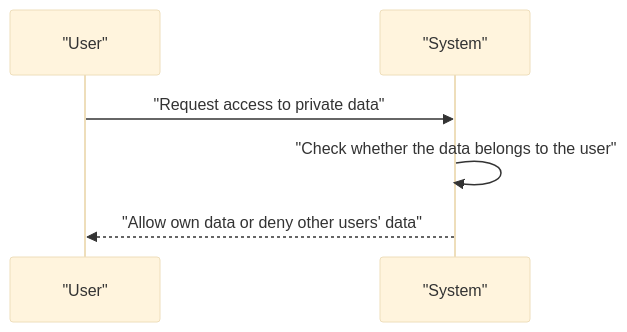
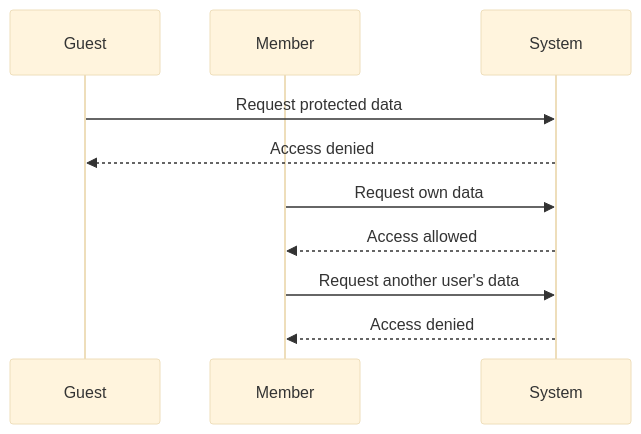
One commit to wrtnlabs/autobe-examples changed the third of 4 diagrams in openai/gpt-5.4-mini/todo/docs/analysis/05-non-functional.md. Above: the diagram before and after it, drawn with Mermaid (base theme). The commit also changed other lines of this file and 6645 other files, not shown here.

````diff
--- a/openai/gpt-5.4-mini/todo/docs/analysis/05-non-functional.md
+++ b/openai/gpt-5.4-mini/todo/docs/analysis/05-non-functional.md
@@ -53,8 +57,12 @@
 ```mermaid
 sequenceDiagram
-    participant U as "User"
-    participant S as "System"
-    U->>S: "Request access to private data"
-    S->>S: "Check whether the data belongs to the user"
-    S-->>U: "Allow own data or deny other users' data"
+    participant G as Guest
+    participant M as Member
+    participant S as System
+    G->>S: Request protected data
+    S-->>G: Access denied
+    M->>S: Request own data
+    S-->>M: Access allowed
+    M->>S: Request another user's data
+    S-->>M: Access denied
 ```
````
